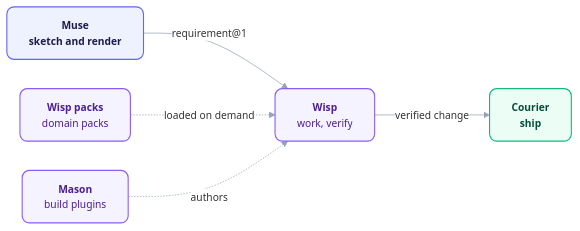
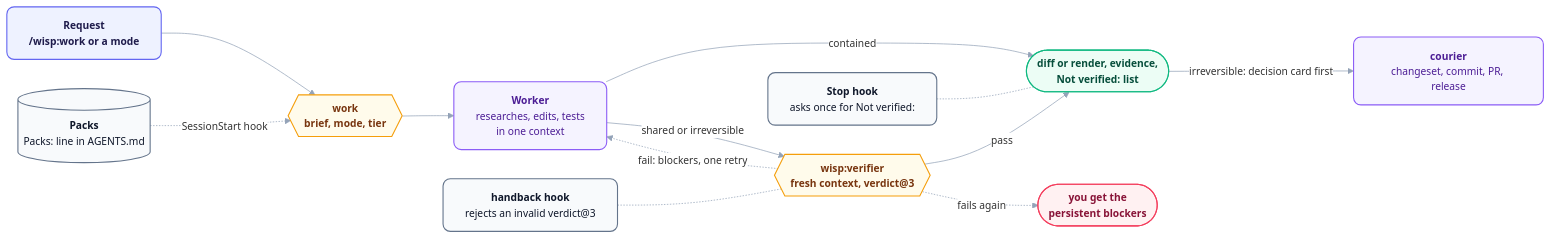
One commit to orin-dx/wisp-plugins changed the diagram in README.md. Above: the diagram before and after it, drawn with Mermaid. The commit also changed other lines of this file and 43 other files, not shown here.

First line of the commit message:
docs: finish v5 docs, diagrams, plugin READMEs and mason for the v5 model

````diff
--- a/README.md
+++ b/README.md
@@ -28,16 +136,29 @@
 ```mermaid
 %%{init: {'theme': 'base', 'flowchart': {'curve': 'basis', 'nodeSpacing': 40, 'rankSpacing': 56}, 'themeVariables': {'fontFamily': 'Inter, ui-sans-serif, system-ui, sans-serif', 'fontSize': '14px', 'lineColor': '#94a3b8', 'edgeLabelBackground': '#ffffff'}}}%%
 flowchart LR
     classDef source fill:#eef2ff,stroke:#6366f1,stroke-width:1.5px,color:#1e1b4b,rx:10px,ry:10px,font-weight:600;
+    classDef store fill:#f8fafc,stroke:#64748b,stroke-width:1.5px,color:#0f172a,rx:10px,ry:10px;
     classDef engine fill:#f5f3ff,stroke:#8b5cf6,stroke-width:1.5px,color:#4c1d95,rx:10px,ry:10px;
+    classDef router fill:#fffbeb,stroke:#f59e0b,stroke-width:1.5px,color:#78350f,rx:10px,ry:10px,font-weight:600;
     classDef output fill:#ecfdf5,stroke:#10b981,stroke-width:1.5px,color:#064e3b,rx:10px,ry:10px,font-weight:600;
+    classDef alert fill:#fff1f2,stroke:#f43f5e,stroke-width:1.5px,color:#881337,rx:10px,ry:10px,font-weight:600;
 
-    mu["<b>Muse</b><br/>sketch and render"] -->|"requirement@1"| wi["<b>Wisp</b><br/>work, verify"]
-    wi -->|"verified change"| co["<b>Courier</b><br/>ship"]
-    pk["<b>Wisp packs</b><br/>domain packs"] -.->|"loaded on demand"| wi
-    ma["<b>Mason</b><br/>build plugins"] -.->|"authors"| wi
+    Req["<b>Request</b><br/>/wisp:work or a mode"] --> Work{{"<b>work</b><br/>brief, mode, tier"}}
+    Packs[("<b>Packs</b><br/>Packs: line in AGENTS.md")] -.->|"SessionStart hook"| Work
+    Work --> Worker["<b>Worker</b><br/>researches, edits, tests<br/>in one context"]
+    Worker -->|"contained"| Out(["diff or render, evidence,<br/>Not verified: list"])
+    Worker -->|"shared or irreversible"| Ver{{"<b>wisp:verifier</b><br/>fresh context, verdict@3"}}
+    Ver -->|"pass"| Out
+    Ver -.->|"fail: blockers, one retry"| Worker
+    Ver -.->|"fails again"| Owner(["you get the<br/>persistent blockers"])
+    Out -->|"irreversible: decision card first"| Ship["<b>courier</b><br/>changeset, commit, PR, release"]
+    Hand["<b>handback hook</b><br/>rejects an invalid verdict@3"] -.- Ver
+    Stop["<b>Stop hook</b><br/>asks once for Not verified:"] -.- Out
 
-    class mu source
-    class wi,pk,ma engine
-    class co output
+    class Req source
+    class Packs,Hand,Stop store
+    class Worker,Ship engine
+    class Work,Ver router
+    class Out output
+    class Owner alert
 ```
````
